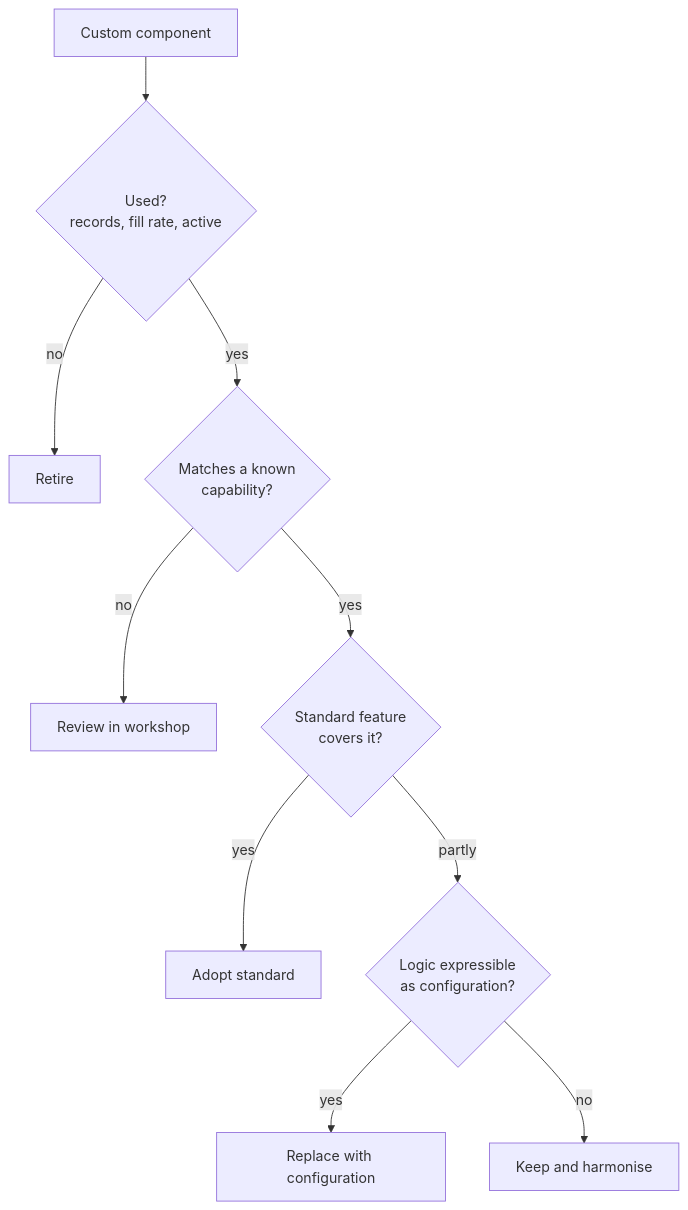
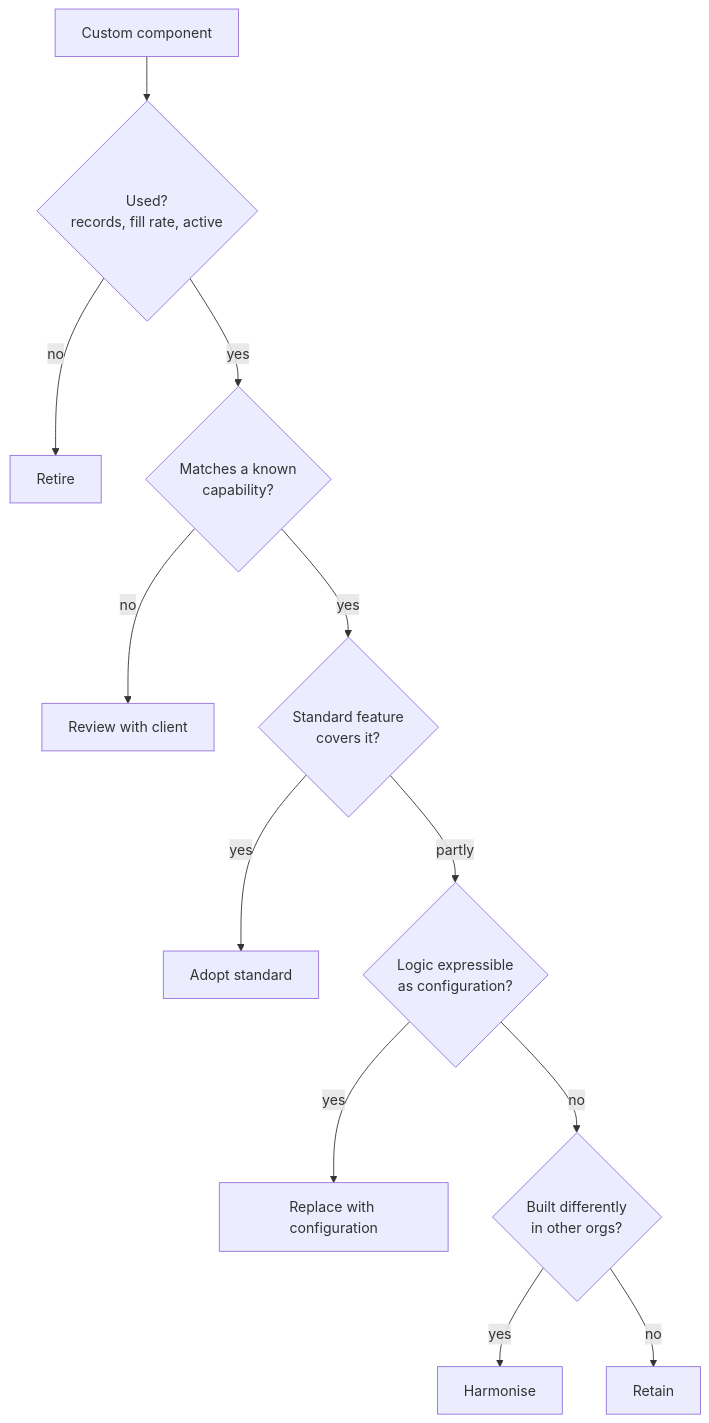
The second of 3 diagrams in adlc/1-discover/assessment/architecture.md (himantgupta-alt/crm-genie), drawn with Mermaid before and after one commit. The commit also changed other lines of this file and 21 other files, not shown here.

````diff
--- a/adlc/1-discover/assessment/architecture.md
+++ b/adlc/1-discover/assessment/architecture.md
@@ -36,12 +40,14 @@
 ```mermaid
 flowchart TD
   A["Custom component"] --> U{"Used?<br/>records, fill rate, active"}
   U -- "no" --> RT["Retire"]
   U -- "yes" --> M{"Matches a known<br/>capability?"}
-  M -- "no" --> RV["Review in workshop"]
+  M -- "no" --> RV["Review with client"]
   M -- "yes" --> S{"Standard feature<br/>covers it?"}
   S -- "yes" --> AD["Adopt standard"]
   S -- "partly" --> CF{"Logic expressible<br/>as configuration?"}
   CF -- "yes" --> CO["Replace with configuration"]
-  CF -- "no" --> KP["Keep and harmonise"]
+  CF -- "no" --> DF{"Built differently<br/>in other orgs?"}
+  DF -- "yes" --> HA["Harmonise"]
+  DF -- "no" --> KP["Retain"]
 ```
````
